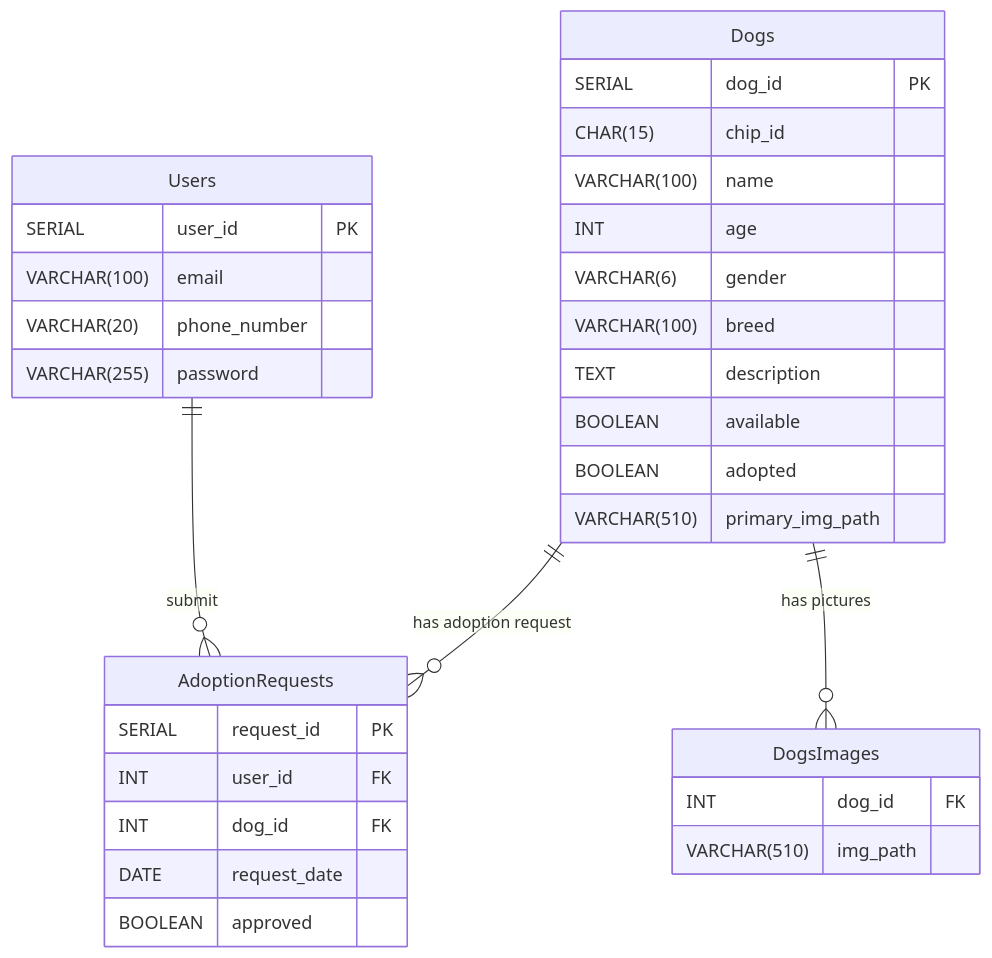
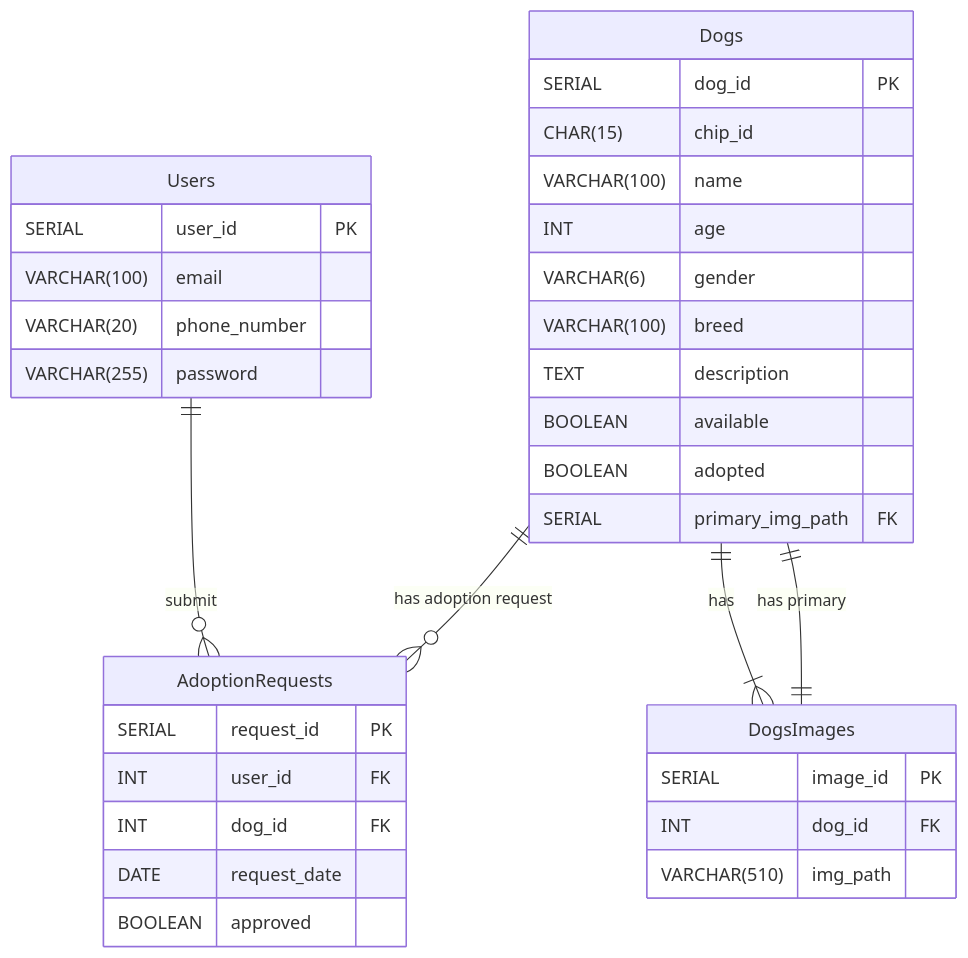
One commit to Macsoo/its-not-a-bug-its-a-feature changed the second of 2 diagrams in docs/rendszerterv.md. Above: the diagram before and after it, drawn with Mermaid.

Commit message:
docs: slight adjustments on database schema

````diff
--- a/docs/rendszerterv.md
+++ b/docs/rendszerterv.md
@@ -174,39 +174,41 @@
 ```mermaid
 erDiagram
     Users {
         SERIAL user_id PK
         VARCHAR(100) email
         VARCHAR(20) phone_number
         VARCHAR(255) password
     }
     
     Dogs {
         SERIAL dog_id PK
         CHAR(15) chip_id
         VARCHAR(100) name
         INT age
         VARCHAR(6) gender
         VARCHAR(100) breed
         TEXT description
         BOOLEAN available
         BOOLEAN adopted
-        VARCHAR(510) primary_img_path
+        SERIAL primary_img_path FK
     }
     
     AdoptionRequests {
         SERIAL request_id PK
         INT user_id FK
         INT dog_id FK
         DATE request_date
         BOOLEAN approved
     }
     
     DogsImages {
+        SERIAL image_id PK
         INT dog_id FK
         VARCHAR(510) img_path
     }
 
     Users ||--o{ AdoptionRequests: "submit"
     Dogs ||--o{ AdoptionRequests: "has adoption request"
-    Dogs ||--o{ DogsImages: "has pictures"
+    Dogs ||--|{ DogsImages: "has"
+    Dogs ||--|| DogsImages: "has primary"
 ```
````
